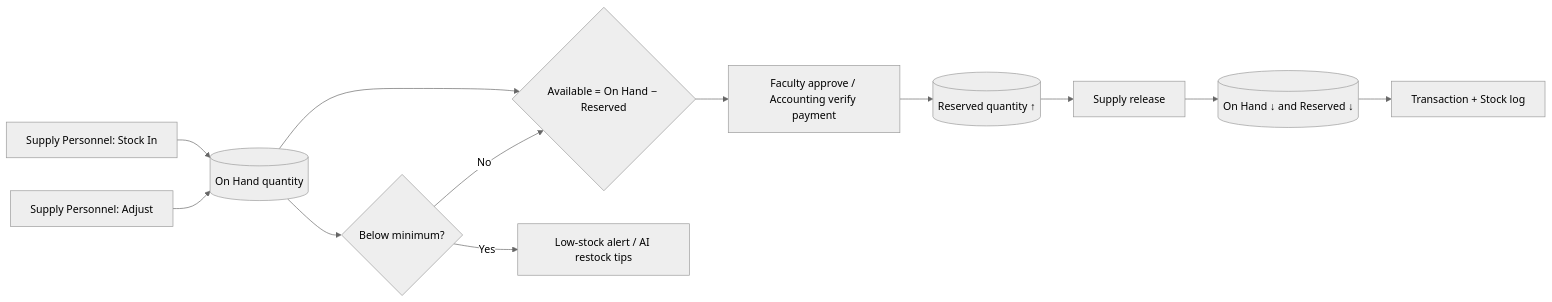
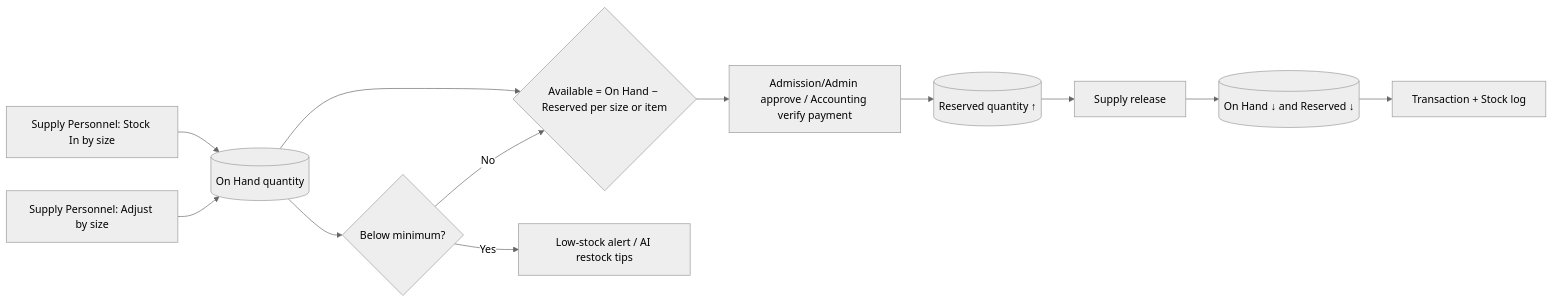
Before and after one commit to rhems95/PECIT-Smart-Inventory-System: the fourth of 8 diagrams in docs/FLOWCHART.md, drawn with Mermaid (neutral theme). The commit also changed other lines of this file and 42 other files, not shown here.

````diff
--- a/docs/FLOWCHART.md
+++ b/docs/FLOWCHART.md
@@ -125,14 +128,14 @@
 ```mermaid
 flowchart LR
-    A[Supply Personnel: Stock In] --> B[(On Hand quantity)]
-    C[Supply Personnel: Adjust] --> B
-    B --> D{Available = On Hand − Reserved}
-    D --> E[Faculty approve / Accounting verify payment]
+    A[Supply Personnel: Stock In by size] --> B[(On Hand quantity)]
+    C[Supply Personnel: Adjust by size] --> B
+    B --> D{Available = On Hand − Reserved per size or item}
+    D --> E[Admission/Admin approve / Accounting verify payment]
     E --> F[(Reserved quantity ↑)]
     F --> G[Supply release]
     G --> H[(On Hand ↓ and Reserved ↓)]
     H --> I[Transaction + Stock log]
     B --> J{Below minimum?}
     J -->|Yes| K[Low-stock alert / AI restock tips]
     J -->|No| D
 ```
````
